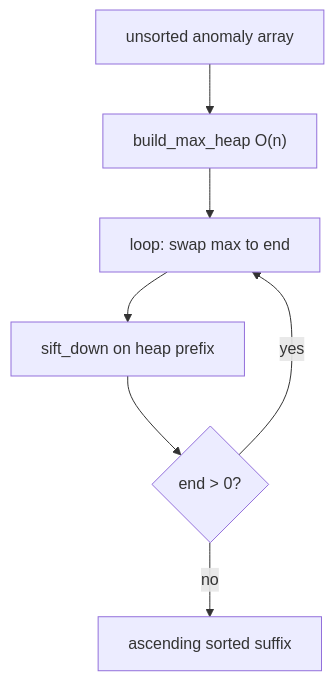
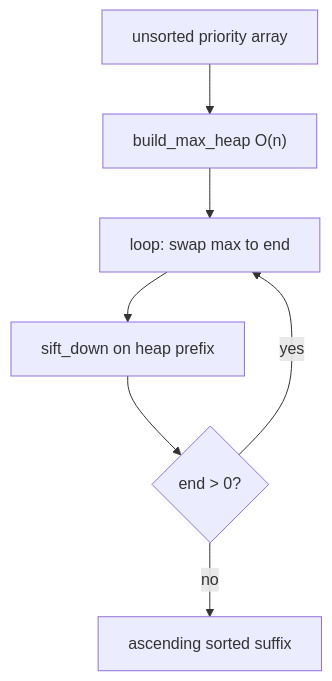
The first of 8 diagrams in docs/dsa/data-structures/heap-sort/index.md (qgjones9/python-programming-guide), drawn with Mermaid before and after one commit. The commit also changed other lines of this file and 31 other files, not shown here.

````diff
--- a/docs/dsa/data-structures/heap-sort/index.md
+++ b/docs/dsa/data-structures/heap-sort/index.md
@@ -33,9 +33,9 @@
 ```mermaid
 flowchart TD
-  A["unsorted anomaly array"] --> B["build_max_heap O(n)"]
-  B --> C["loop: swap max to end"]
-  C --> D["sift_down on heap prefix"]
-  D --> E{end > 0?}
-  E -->|yes| C
-  E -->|no| F["ascending sorted suffix"]
+ A["unsorted priority array"] --> B["build_max_heap O(n)"]
+ B --> C["loop: swap max to end"]
+ C --> D["sift_down on heap prefix"]
+ D --> E{end > 0?}
+ E -->|yes| C
+ E -->|no| F["ascending sorted suffix"]
 ```
````
